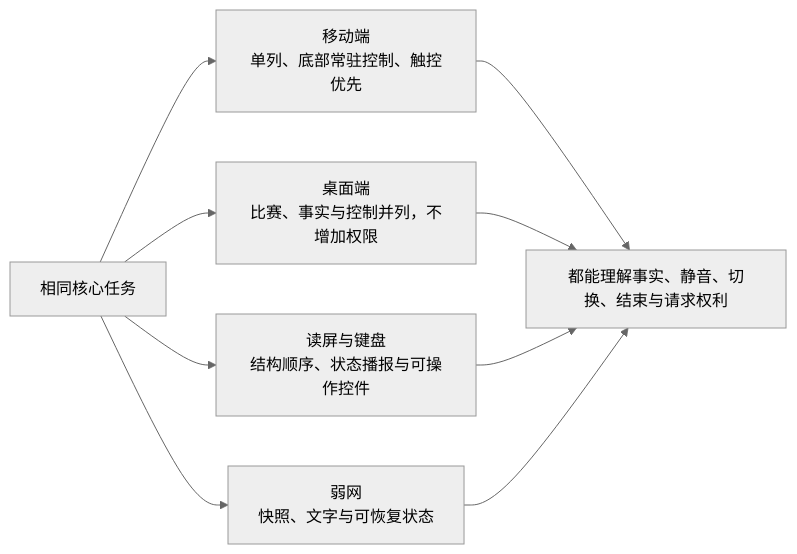
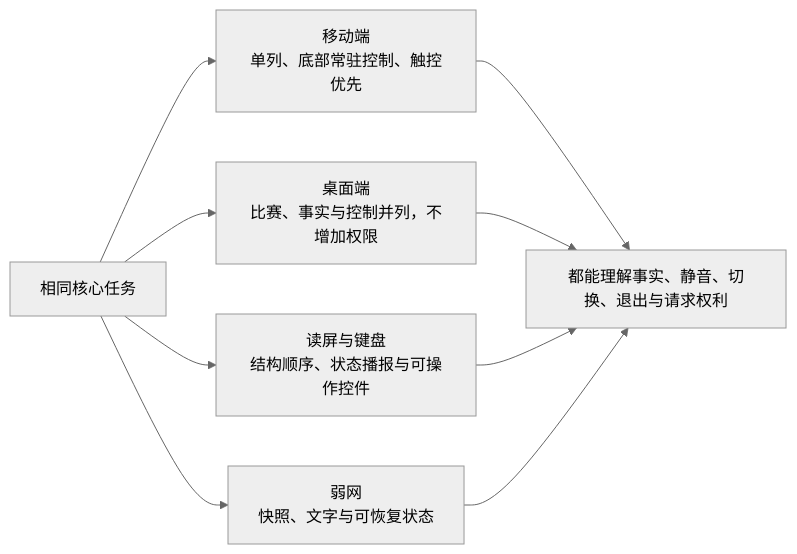
Before and after one commit to weiz98417-crypto/qiuqiu: the eighth of 12 diagrams in docs/球球全套资料/4.产品设计/34-用户端页面与视觉规格.md, drawn with Mermaid (neutral theme). The commit also changed other lines of this file and 49 other files, not shown here.

````diff
--- a/docs/球球全套资料/4.产品设计/34-用户端页面与视觉规格.md
+++ b/docs/球球全套资料/4.产品设计/34-用户端页面与视觉规格.md
@@ -462,11 +519,11 @@
 ```mermaid
 flowchart LR
     Task[相同核心任务] --> Mobile[移动端\n单列、底部常驻控制、触控优先]
     Task --> Desktop[桌面端\n比赛、事实与控制并列，不增加权限]
     Task --> ScreenReader[读屏与键盘\n结构顺序、状态播报与可操作控件]
     Task --> WeakNet[弱网\n快照、文字与可恢复状态]
-    Mobile --> Equivalence[都能理解事实、静音、切换、结束与请求权利]
+    Mobile --> Equivalence[都能理解事实、静音、切换、退出与请求权利]
     Desktop --> Equivalence
     ScreenReader --> Equivalence
     WeakNet --> Equivalence
 ```
````
